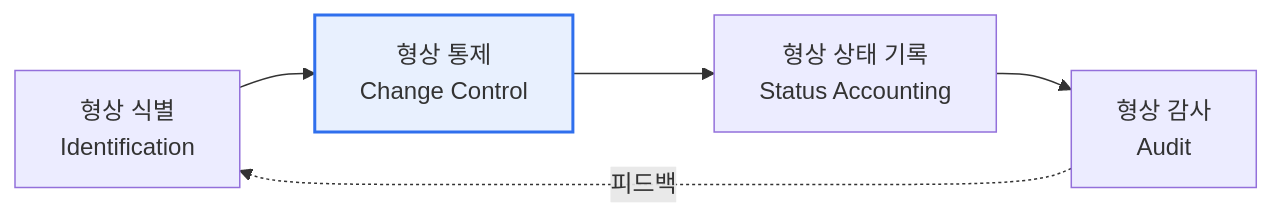
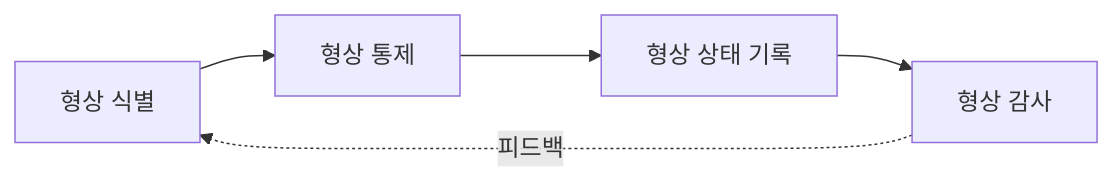
Before and after one commit to coninggu/wjdqhrhksflrltnftk: the diagram in content/configuration-management.md, drawn with Mermaid. The commit also changed other lines of this file and 28 other files, not shown here.

````diff
--- a/content/configuration-management.md
+++ b/content/configuration-management.md
@@ -15,8 +15,7 @@
 ```mermaid
 flowchart LR
-  A[형상 식별<br/>Identification] --> B[형상 통제<br/>Change Control]
-  B --> C[형상 상태 기록<br/>Status Accounting]
-  C --> D[형상 감사<br/>Audit]
+  A[형상 식별] --> B[형상 통제]
+  B --> C[형상 상태 기록]
+  C --> D[형상 감사]
   D -. 피드백 .-> A
-  style B fill:#e8f0fe,stroke:#2f6fed,stroke-width:2px
 ```
````
